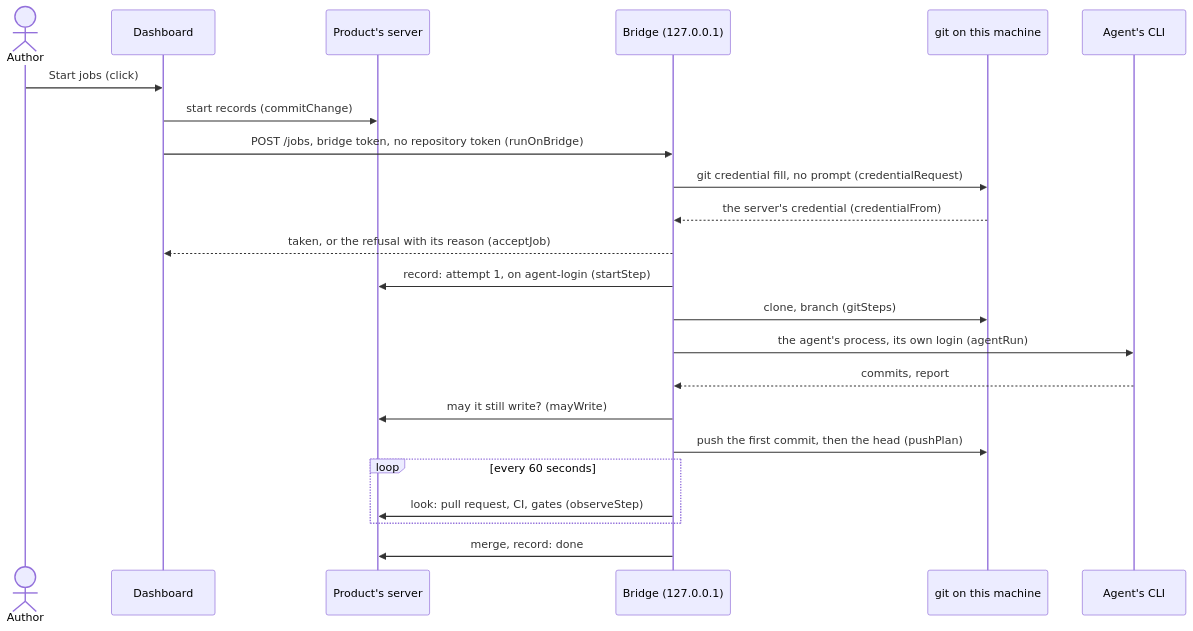
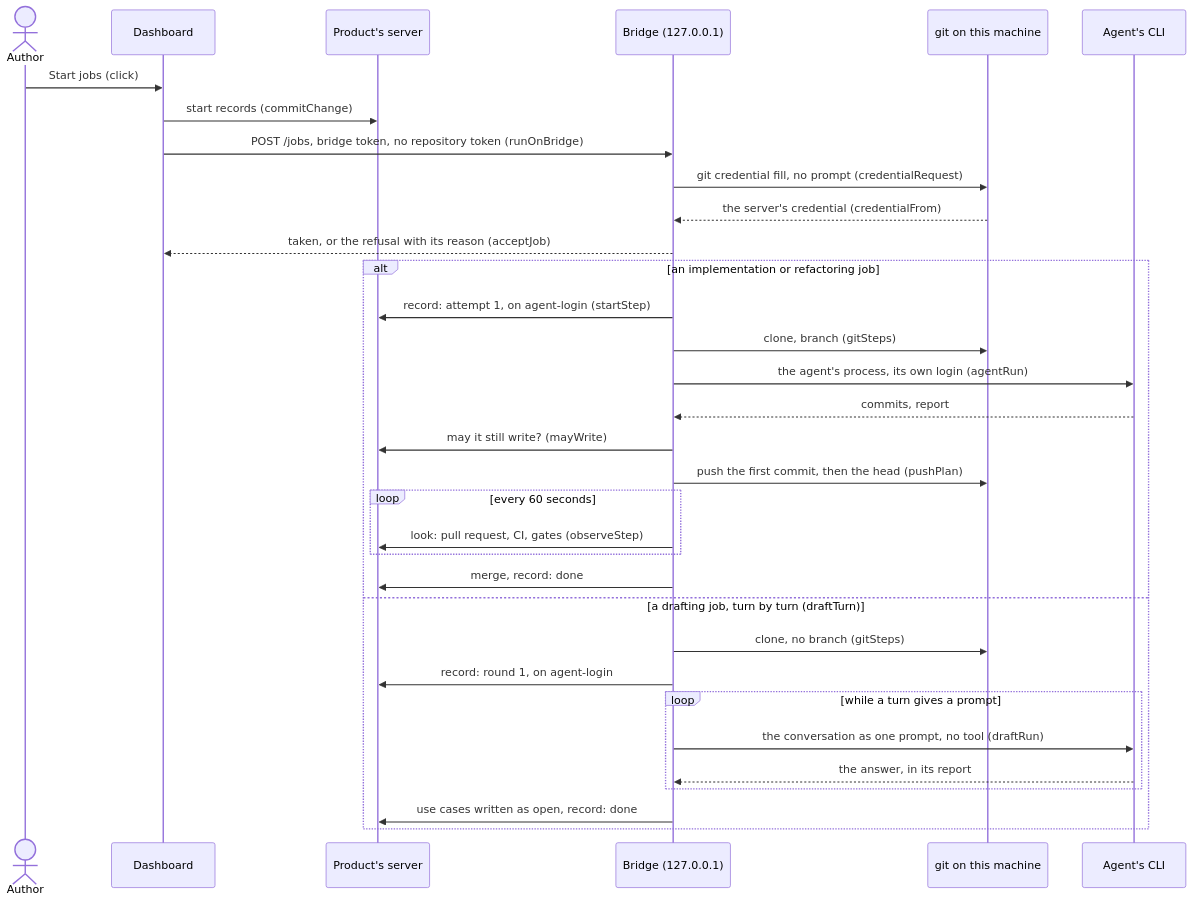
Before and after one commit to akmaier/agent-m: the diagram in docs/architecture/ARC-030-the-bridge-as-a-job-runtime.md, drawn with Mermaid. The commit also changed other lines of this file and 5 other files, not shown here.

````diff
--- a/docs/architecture/ARC-030-the-bridge-as-a-job-runtime.md
+++ b/docs/architecture/ARC-030-the-bridge-as-a-job-runtime.md
@@ -130,25 +149,35 @@
 ```mermaid
 sequenceDiagram
     actor A as Author
     participant D as Dashboard
     participant G as Product's server
     participant B as Bridge (127.0.0.1)
     participant K as git on this machine
     participant C as Agent's CLI
     A->>D: Start jobs (click)
     D->>G: start records (commitChange)
     D->>B: POST /jobs, bridge token, no repository token (runOnBridge)
     B->>K: git credential fill, no prompt (credentialRequest)
     K-->>B: the server's credential (credentialFrom)
     B-->>D: taken, or the refusal with its reason (acceptJob)
-    B->>G: record: attempt 1, on agent-login (startStep)
-    B->>K: clone, branch (gitSteps)
-    B->>C: the agent's process, its own login (agentRun)
-    C-->>B: commits, report
-    B->>G: may it still write? (mayWrite)
-    B->>K: push the first commit, then the head (pushPlan)
-    loop every 60 seconds
-        B->>G: look: pull request, CI, gates (observeStep)
+    alt an implementation or refactoring job
+        B->>G: record: attempt 1, on agent-login (startStep)
+        B->>K: clone, branch (gitSteps)
+        B->>C: the agent's process, its own login (agentRun)
+        C-->>B: commits, report
+        B->>G: may it still write? (mayWrite)
+        B->>K: push the first commit, then the head (pushPlan)
+        loop every 60 seconds
+            B->>G: look: pull request, CI, gates (observeStep)
+        end
+        B->>G: merge, record: done
+    else a drafting job, turn by turn (draftTurn)
+        B->>K: clone, no branch (gitSteps)
+        B->>G: record: round 1, on agent-login
+        loop while a turn gives a prompt
+            B->>C: the conversation as one prompt, no tool (draftRun)
+            C-->>B: the answer, in its report
+        end
+        B->>G: use cases written as open, record: done
     end
-    B->>G: merge, record: done
 ```
````
